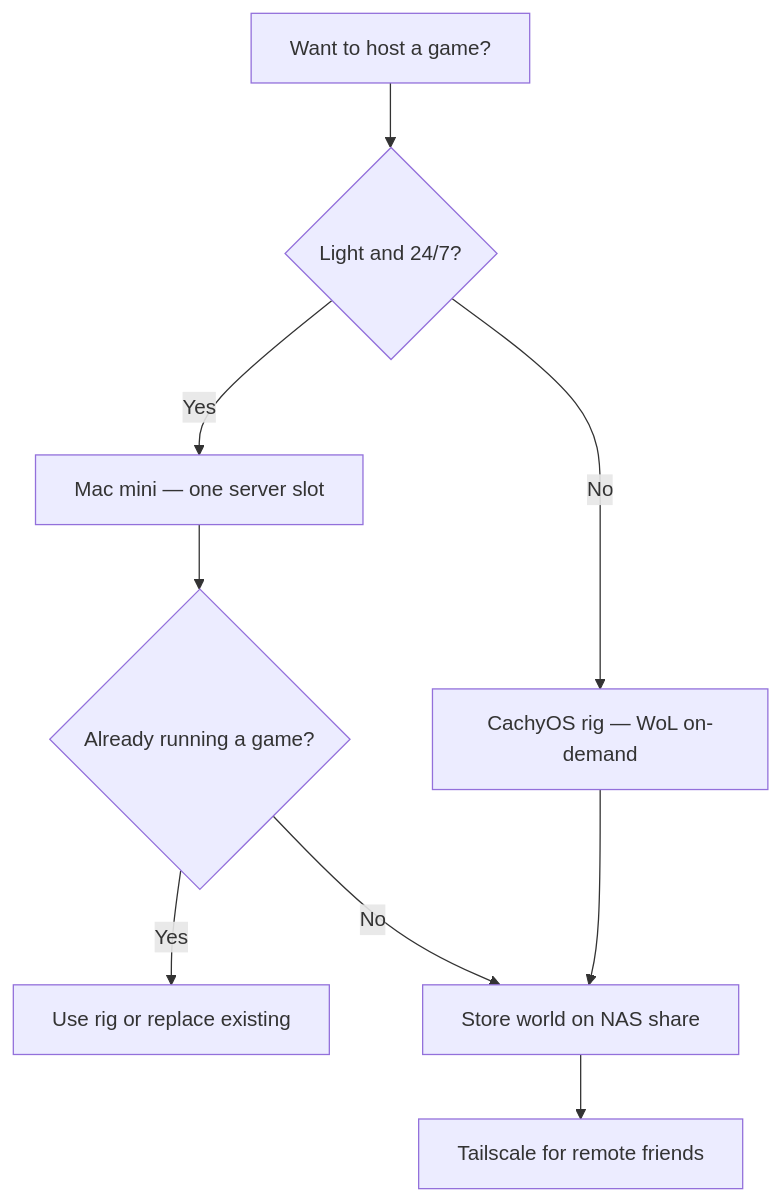
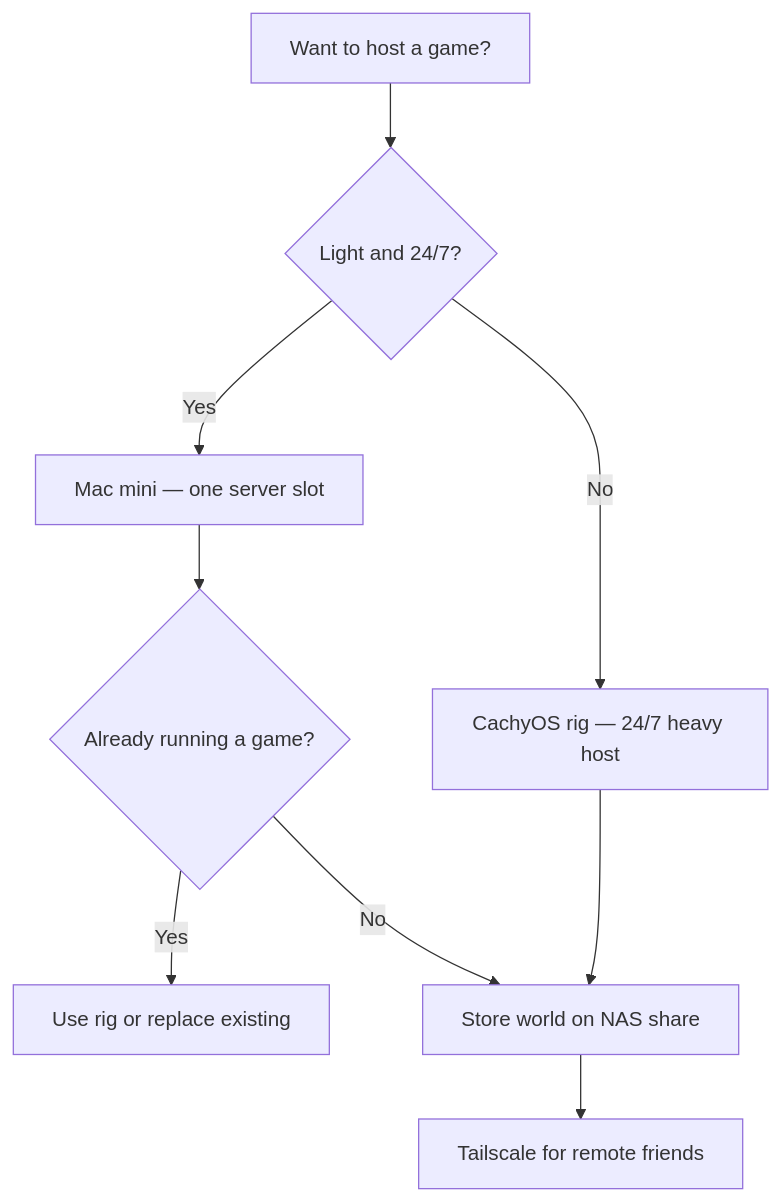
Before and after one commit to btabaska/home-config: the diagram in foss-setup/configs/gaming/server-guide.md, drawn with Mermaid. The commit also changed other lines of this file and 71 other files, not shown here.

````diff
--- a/foss-setup/configs/gaming/server-guide.md
+++ b/foss-setup/configs/gaming/server-guide.md
@@ -139,11 +140,11 @@
 ```mermaid
 flowchart TD
     start[Want to host a game?] --> q1{Light and 24/7?}
     q1 -->|Yes| mini[Mac mini — one server slot]
-    q1 -->|No| rig[CachyOS rig — WoL on-demand]
+    q1 -->|No| rig[CachyOS rig — 24/7 heavy host]
     mini --> q2{Already running a game?}
     q2 -->|Yes| stop[Use rig or replace existing]
     q2 -->|No| nasStore[Store world on NAS share]
     rig --> nasStore
     nasStore --> tailscale[Tailscale for remote friends]
 ```
````
